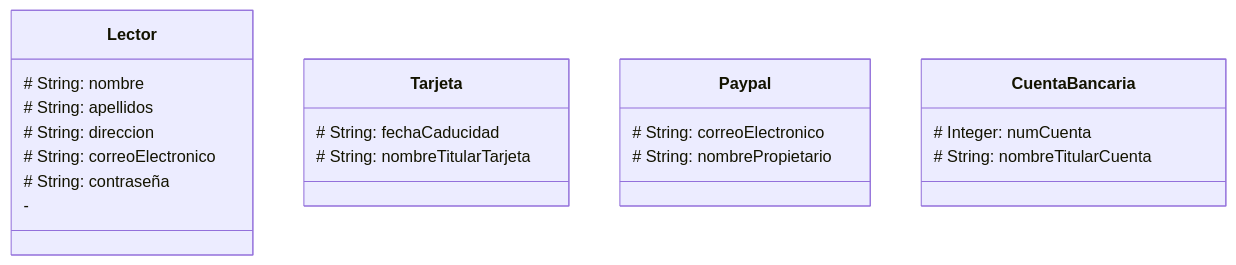
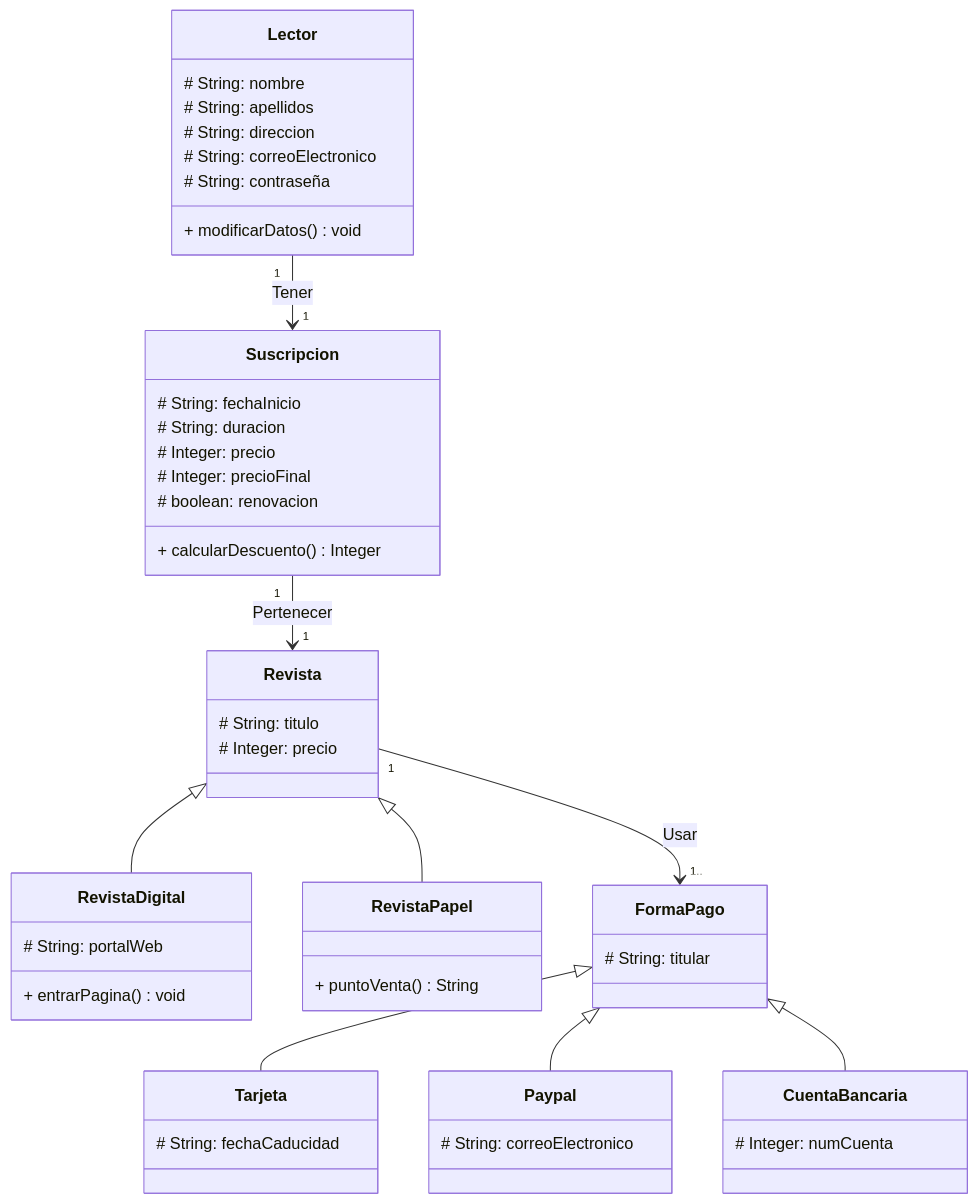
Before and after one commit to AngelRagel05/Angel-1DAW: the diagram in EEDD/EvaluableMermaid/2.md, drawn with Mermaid. The commit also changed 2 other files, not shown here.

Commit message:
Checkpoint: current project state

````diff
--- a/EEDD/EvaluableMermaid/2.md
+++ b/EEDD/EvaluableMermaid/2.md
@@ -1,32 +1,65 @@
 ``` mermaid
     classDiagram
+
+        class Revista {
+            # String: titulo
+            # Integer: precio
+        }
+
+        class RevistaDigital {
+            # String: portalWeb
+            
+            + entrarPagina() void
+        }
+
+        class RevistaPapel {
+            + puntoVenta() String
+        }
+
+        class Suscripcion {
+            # String: fechaInicio
+            # String: duracion
+            # Integer: precio
+            # Integer: precioFinal
+            # boolean: renovacion
+
+            + calcularDescuento () Integer
+        }
+
         class Lector {
             # String: nombre
             # String: apellidos
             # String: direccion
             # String: correoElectronico
             # String: contraseña
 
-            - 
+            + modificarDatos() void
+        }
+
+        class FormaPago {
+            # String: titular
         }
 
         class Tarjeta {
             # String: fechaCaducidad
-            # String: nombreTitularTarjeta
         }
 
         class Paypal {
             # String: correoElectronico
-            # String: nombrePropietario
         }
 
         class CuentaBancaria {
             # Integer: numCuenta
-            # String: nombreTitularCuenta
         }
 
+        Revista <|-- RevistaDigital
+        Revista <|-- RevistaPapel
 
+        FormaPago <|-- Tarjeta
+        FormaPago <|-- Paypal
+        FormaPago <|-- CuentaBancaria
 
-
-
+        Lector "1" --> "1" Suscripcion: Tener
+        Suscripcion "1" --> "1" Revista: Pertenecer
+        Revista "1" --> "1.." FormaPago: Usar
 ```
````
